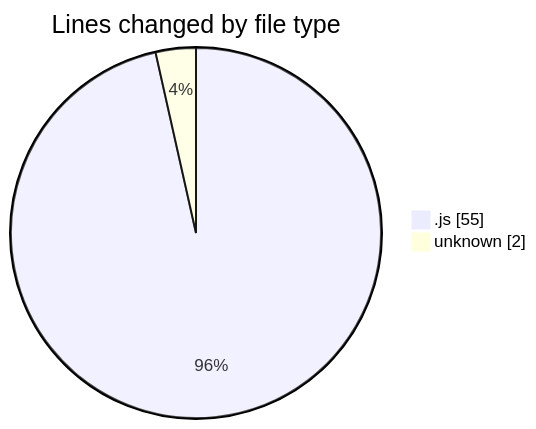
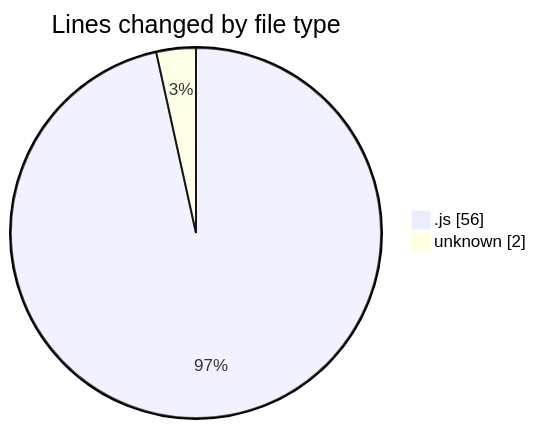
Before and after one commit to nxtqubesakshisongat/code-tracking: the first of 2 diagrams in 2025-05-17/javacript/README.md, drawn with Mermaid. The commit also changed other lines of this file and 1 other file, not shown here.

````diff
--- a/2025-05-17/javacript/README.md
+++ b/2025-05-17/javacript/README.md
@@ -21,6 +21,6 @@
 ```mermaid
 pie showData
 title Lines changed by file type
-".js" : 55
+".js" : 56
 "unknown" : 2
 ```
````
